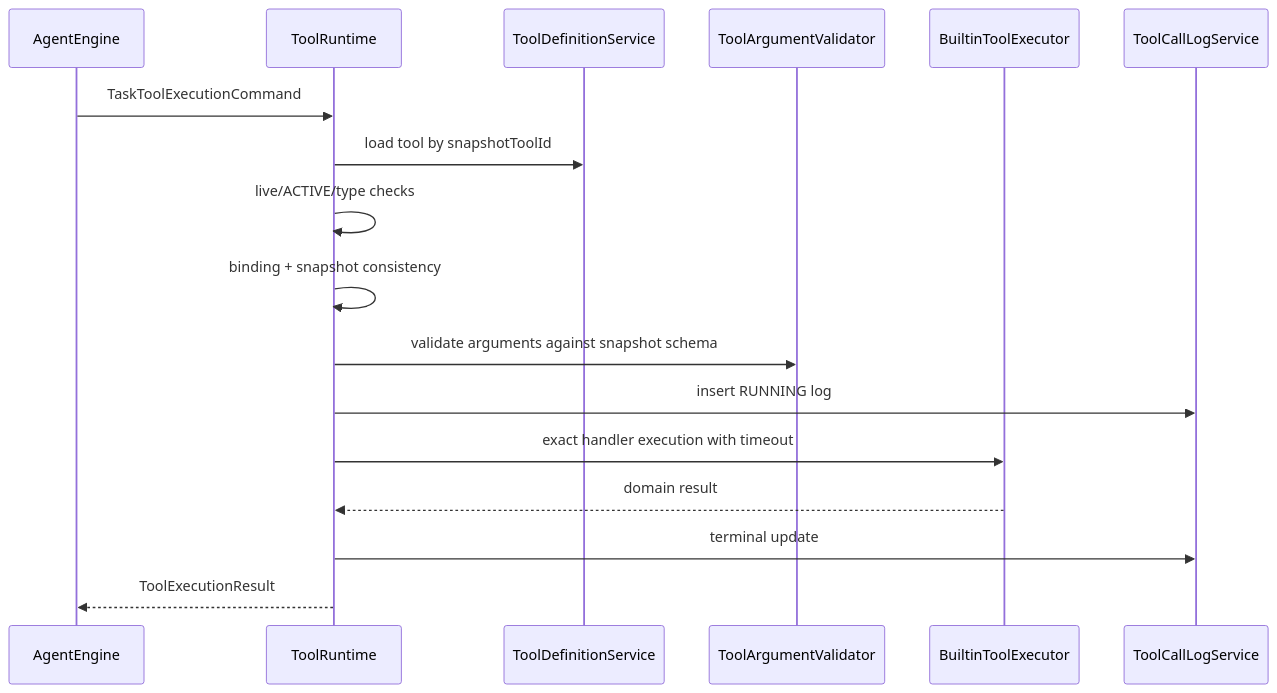
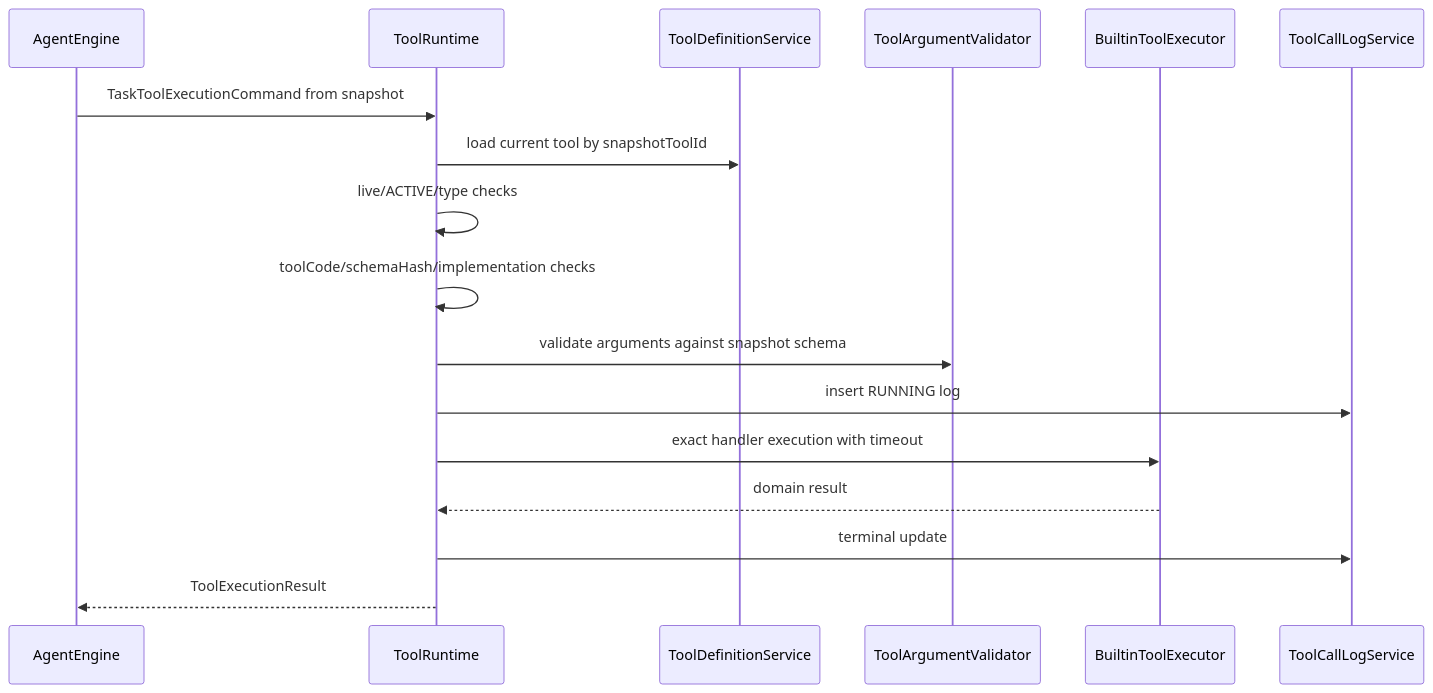
One commit to Xavi-L/AgentFlow-Hub changed the diagram in spec-docs/agentflow-hub-tool-system-design.md. Above: the diagram before and after it, drawn with Mermaid. The commit also changed other lines of this file and 6 other files, not shown here.

````diff
--- a/spec-docs/agentflow-hub-tool-system-design.md
+++ b/spec-docs/agentflow-hub-tool-system-design.md
@@ -308,20 +315,20 @@
 ```mermaid
 sequenceDiagram
     participant AE as AgentEngine
     participant TR as ToolRuntime
     participant TD as ToolDefinitionService
     participant V as ToolArgumentValidator
     participant EX as BuiltinToolExecutor
     participant LOG as ToolCallLogService
 
-    AE->>TR: TaskToolExecutionCommand
-    TR->>TD: load tool by snapshotToolId
+    AE->>TR: TaskToolExecutionCommand from snapshot
+    TR->>TD: load current tool by snapshotToolId
     TR->>TR: live/ACTIVE/type checks
-    TR->>TR: binding + snapshot consistency
+    TR->>TR: toolCode/schemaHash/implementation checks
     TR->>V: validate arguments against snapshot schema
     TR->>LOG: insert RUNNING log
     TR->>EX: exact handler execution with timeout
     EX-->>TR: domain result
     TR->>LOG: terminal update
     TR-->>AE: ToolExecutionResult
 ```
````
